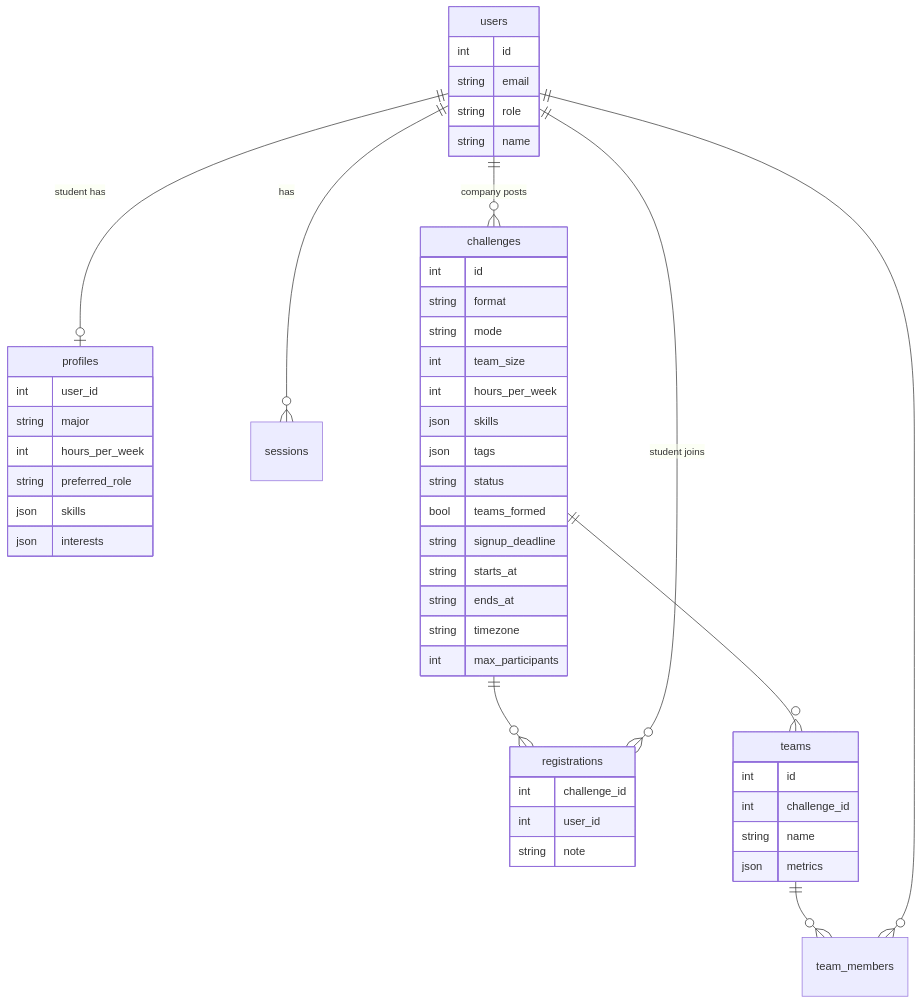
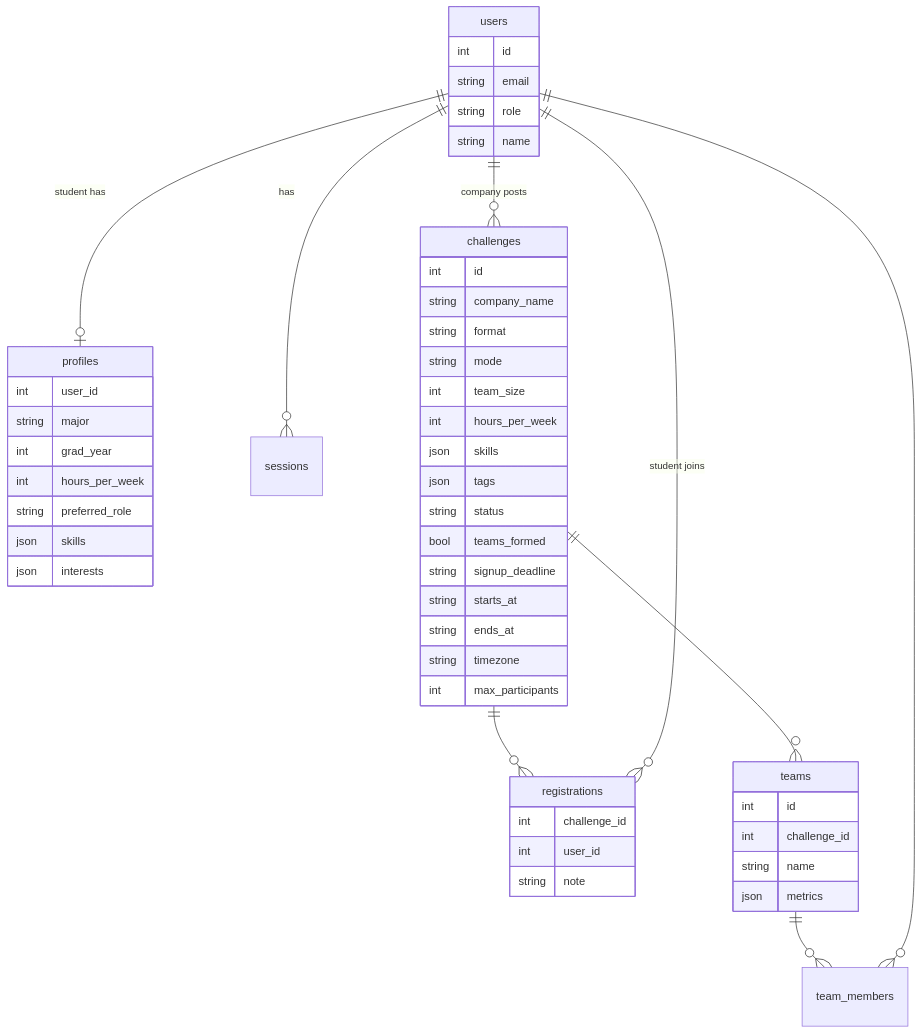
The second of 3 diagrams in docs/architecture.md (alinaliu2025/rungs), drawn with Mermaid before and after one commit. The commit also changed other lines of this file and 26 other files, not shown here.

````diff
--- a/docs/architecture.md
+++ b/docs/architecture.md
@@ -33,17 +32,17 @@
 ```mermaid
 erDiagram
   users ||--o| profiles : "student has"
   users ||--o{ sessions : has
   users ||--o{ challenges : "company posts"
   challenges ||--o{ registrations : ""
   users ||--o{ registrations : "student joins"
   challenges ||--o{ teams : ""
   teams ||--o{ team_members : ""
   users ||--o{ team_members : ""
 
   users { int id string email string role string name }
-  profiles { int user_id string major int hours_per_week string preferred_role json skills json interests }
-  challenges { int id string format string mode int team_size int hours_per_week json skills json tags string status bool teams_formed string signup_deadline string starts_at string ends_at string timezone int max_participants }
+  profiles { int user_id string major int grad_year int hours_per_week string preferred_role json skills json interests }
+  challenges { int id string company_name string format string mode int team_size int hours_per_week json skills json tags string status bool teams_formed string signup_deadline string starts_at string ends_at string timezone int max_participants }
   registrations { int challenge_id int user_id string note }
   teams { int id int challenge_id string name json metrics }
 ```
````
